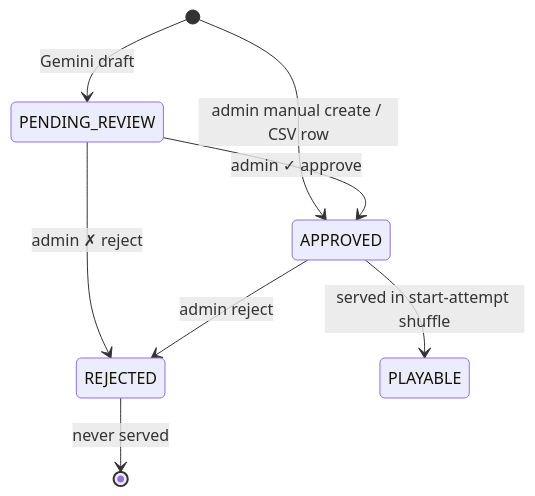
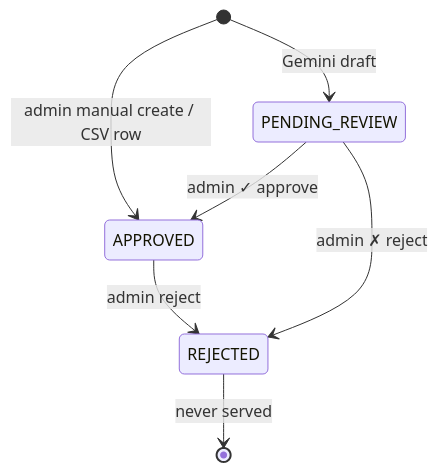
Before and after one commit to govind516/Quiz-App: the eighth of 9 diagrams in ARCHITECTURE.md, drawn with Mermaid. The commit also changed other lines of this file and 1 other file, not shown here.

Commit message:
docs: correct ARCHITECTURE.md per review — CSV examples, ERD join-table/TAGS.name, ATT->RD edge, PLAYABLE note, expiresAt payload, decisions section; rename admin stat label

````diff
--- a/ARCHITECTURE.md
+++ b/ARCHITECTURE.md
@@ -196,10 +197,9 @@
 ```mermaid
 stateDiagram-v2
     [*] --> APPROVED: admin manual create / CSV row
     [*] --> PENDING_REVIEW: Gemini draft
     PENDING_REVIEW --> APPROVED: admin ✓ approve
     PENDING_REVIEW --> REJECTED: admin ✗ reject
     APPROVED --> REJECTED: admin reject
-    APPROVED --> PLAYABLE: served in start-attempt shuffle
     REJECTED --> [*]: never served
 ```
````
